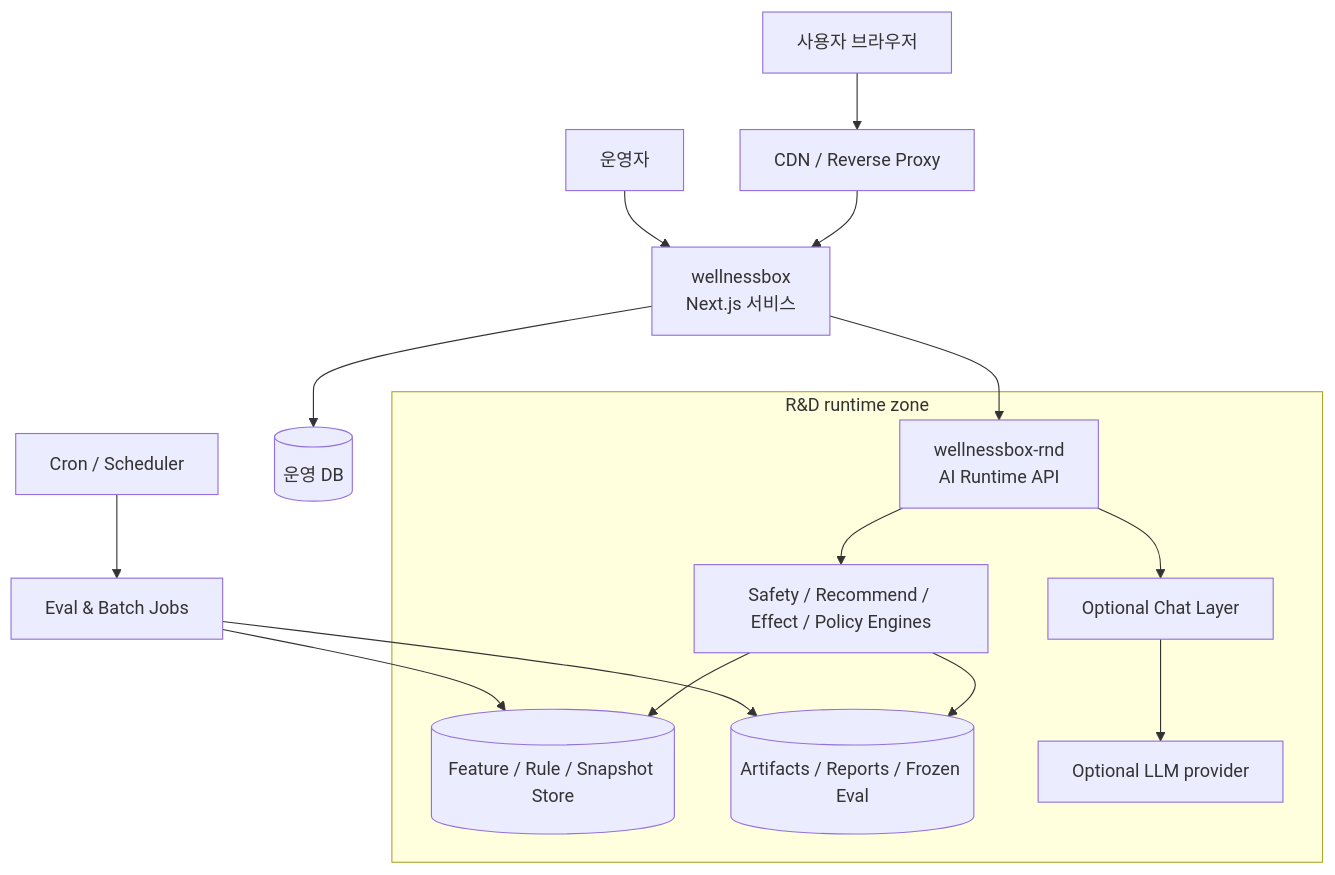
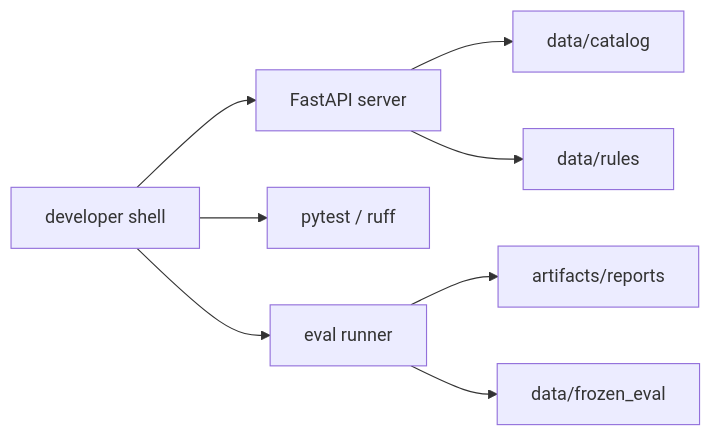
Before and after one commit to yeohj0710/wellnessbox-rnd: the diagram in docs/01_architecture/03_deployment_topology.md, drawn with Mermaid. The commit also changed other lines of this file and 47 other files, not shown here.

````diff
--- a/docs/01_architecture/03_deployment_topology.md
+++ b/docs/01_architecture/03_deployment_topology.md
@@ -50,20 +14,10 @@
 ```mermaid
-flowchart TB
-    U[사용자 브라우저] --> CDN[CDN / Reverse Proxy]
-    CDN --> WEB[wellnessbox\nNext.js 서비스]
-    WEB --> ODB[(운영 DB)]
-    WEB --> RAPI[wellnessbox-rnd\nAI Runtime API]
-
-    subgraph RND["R&D runtime zone"]
-        RAPI --> ENG[Safety / Recommend / Effect / Policy Engines]
-        RAPI --> CHAT[Optional Chat Layer]
-        ENG --> RDB[(Feature / Rule / Snapshot Store)]
-        ENG --> ART[(Artifacts / Reports / Frozen Eval)]
-        CHAT --> LLM[Optional LLM provider]
-    end
-
-    OPS[운영자] --> WEB
-    CRON[Cron / Scheduler] --> BATCH[Eval & Batch Jobs]
-    BATCH --> ART
-    BATCH --> RDB
+flowchart LR
+    A[developer shell] --> B[FastAPI server]
+    A --> C[pytest / ruff]
+    A --> D[eval runner]
+    D --> E[artifacts/reports]
+    B --> F[data/catalog]
+    B --> G[data/rules]
+    D --> H[data/frozen_eval]
 ```
````
